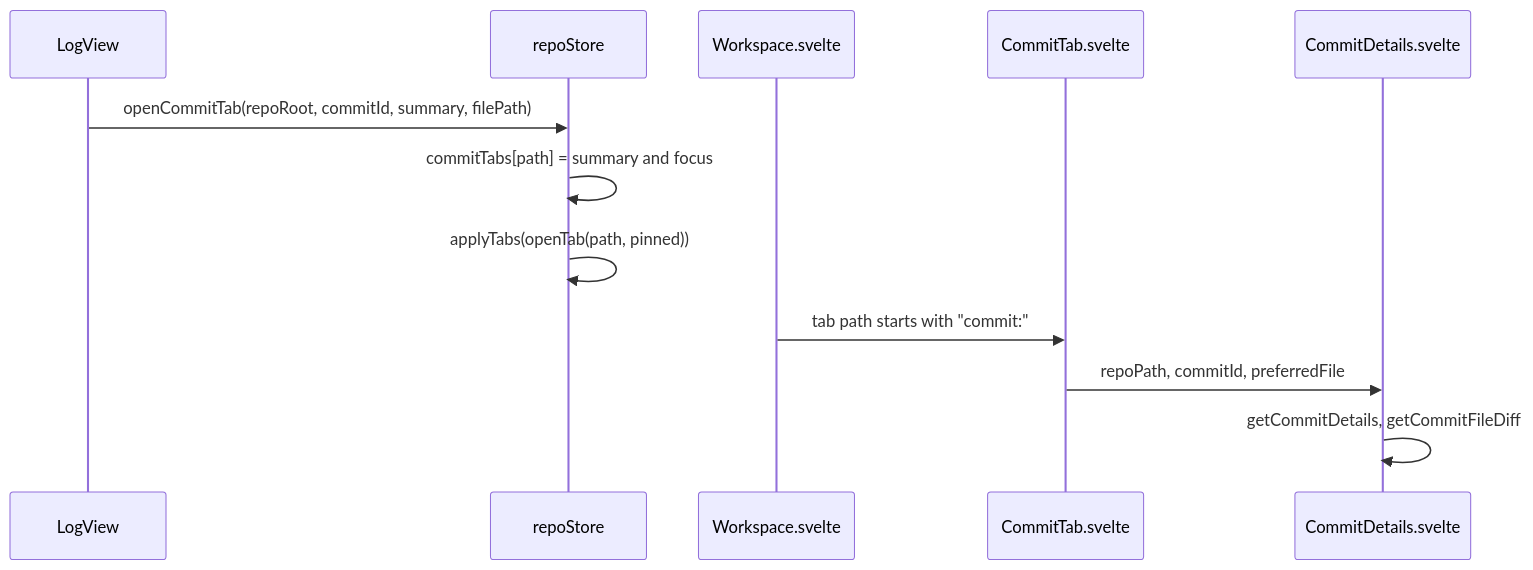
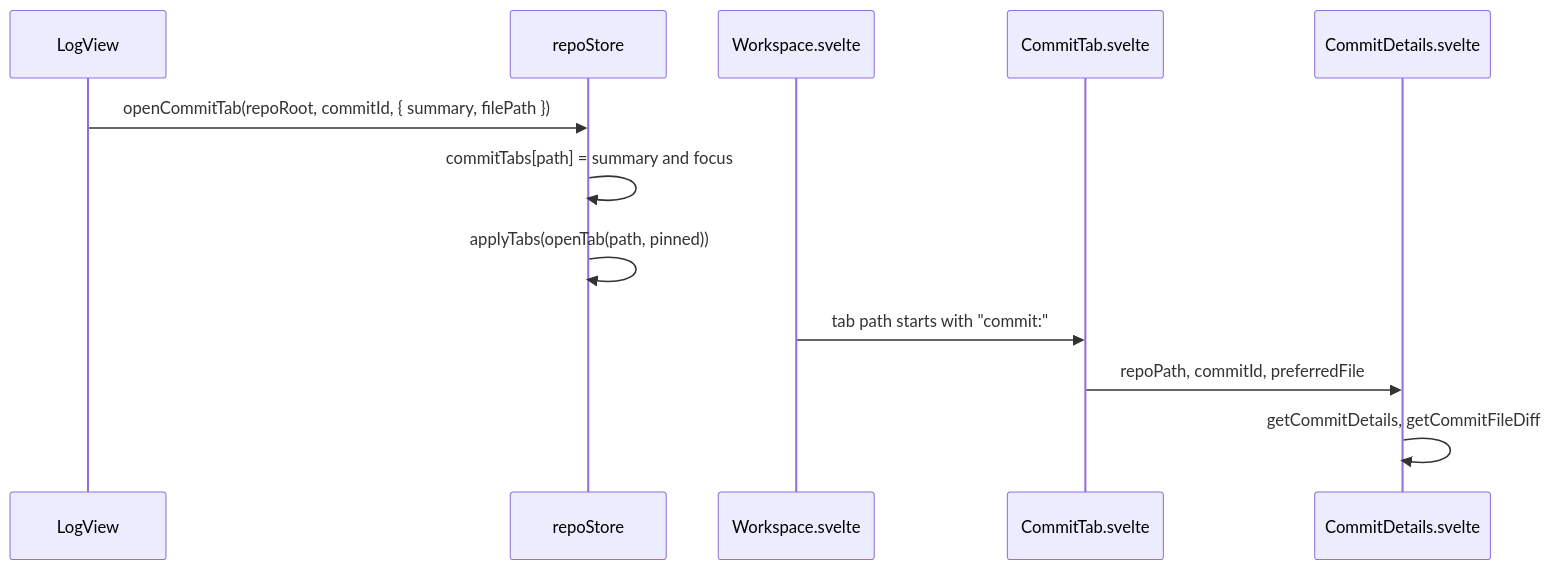
Before and after one commit to shibbirweb/git-manager: the diagram in docs/wiki/developer/How-Commit-Tabs-Work.md, drawn with Mermaid. The commit also changed other lines of this file and 110 other files, not shown here.

````diff
--- a/docs/wiki/developer/How-Commit-Tabs-Work.md
+++ b/docs/wiki/developer/How-Commit-Tabs-Work.md
@@ -13,14 +13,14 @@
 ```mermaid
 sequenceDiagram
     participant LV as LogView
     participant RS as repoStore
     participant WS as Workspace.svelte
     participant CT as CommitTab.svelte
     participant CD as CommitDetails.svelte
-    LV->>RS: openCommitTab(repoRoot, commitId, summary, filePath)
+    LV->>RS: openCommitTab(repoRoot, commitId, { summary, filePath })
     RS->>RS: commitTabs[path] = summary and focus
     RS->>RS: applyTabs(openTab(path, pinned))
     WS->>CT: tab path starts with "commit:"
     CT->>CD: repoPath, commitId, preferredFile
     CD->>CD: getCommitDetails, getCommitFileDiff
 ```
````
